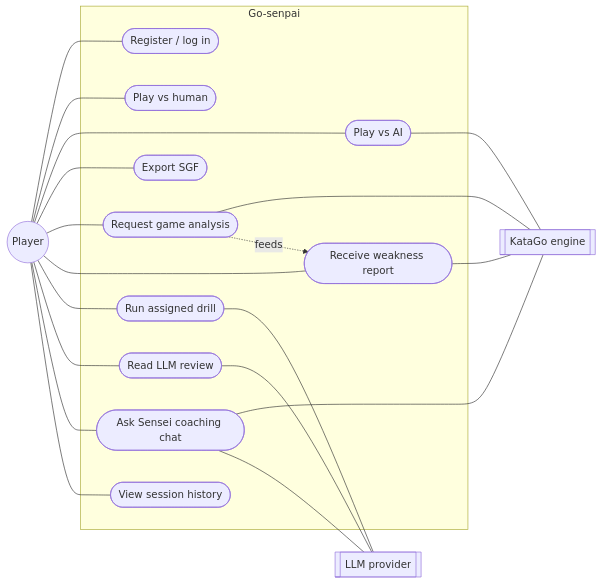
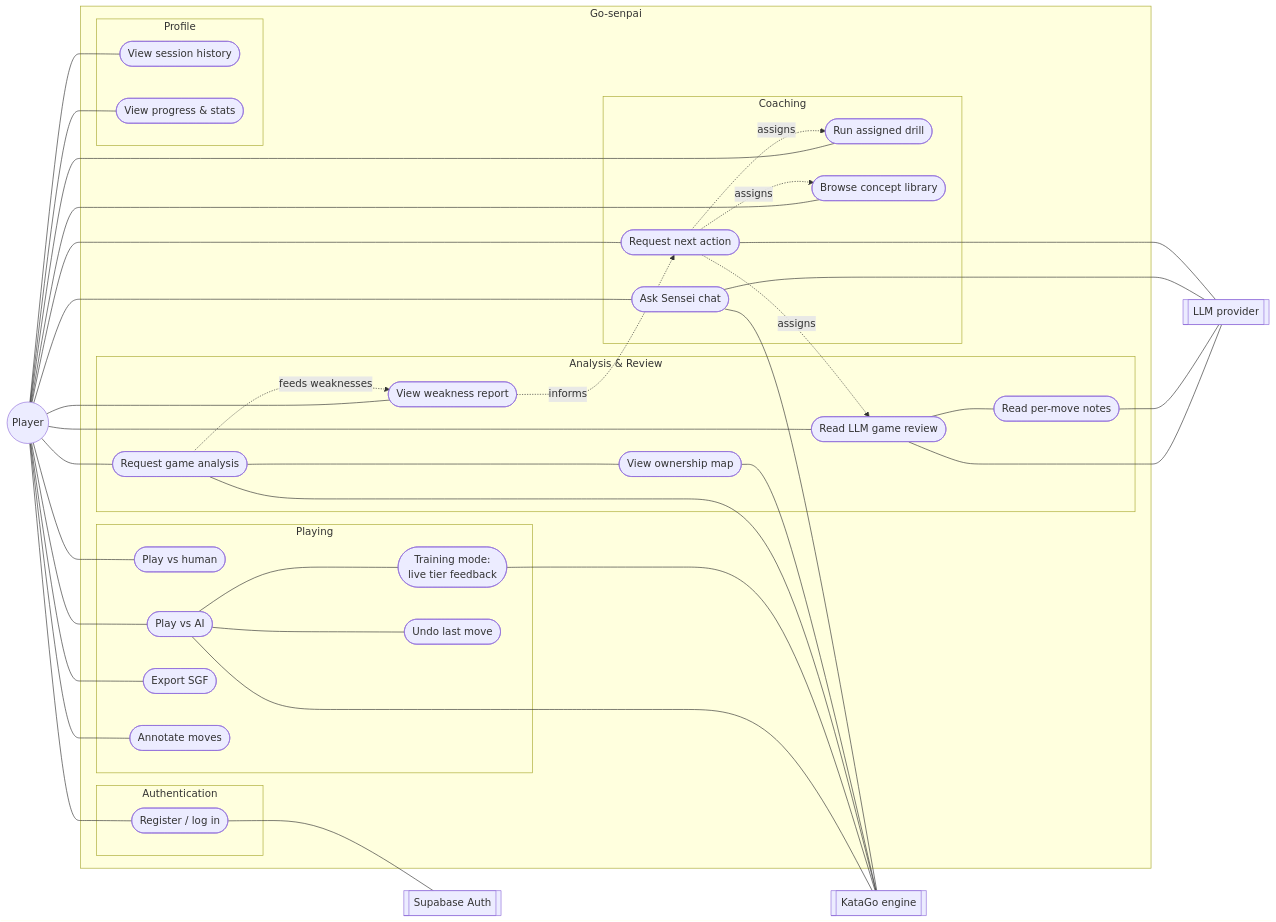
The first of 3 diagrams in README.md (MacchiatoCreamCheese/Go-senpai), drawn with Mermaid before and after one commit. The commit also changed other lines of this file and 1 other file, not shown here.

````diff
--- a/README.md
+++ b/README.md
@@ -41,39 +41,80 @@
 ```mermaid
 flowchart LR
     player(( Player ))
     katago[[ KataGo engine ]]
     llm[[ LLM provider ]]
+    supabase[[ Supabase Auth ]]
 
     subgraph Go-senpai
-        uc1([ Register / log in ])
-        uc2([ Play vs human ])
-        uc3([ Play vs AI ])
-        uc4([ Export SGF ])
-        uc5([ Request game analysis ])
-        uc6([ Receive weakness report ])
-        uc7([ Run assigned drill ])
-        uc8([ Read LLM review ])
-        uc9([ Ask Sensei coaching chat ])
-        uc10([ View session history ])
+
+        subgraph auth_group [Authentication]
+            uc1([ Register / log in ])
+        end
+
+        subgraph play_group [Playing]
+            uc2([ Play vs human ])
+            uc3([ Play vs AI ])
+            uc3t([ Training mode:\nlive tier feedback ])
+            uc3u([ Undo last move ])
+            uc4([ Export SGF ])
+            uc4n([ Annotate moves ])
+        end
+
+        subgraph analysis_group [Analysis & Review]
+            uc5([ Request game analysis ])
+            uc5o([ View ownership map ])
+            uc6([ View weakness report ])
+            uc8([ Read LLM game review ])
+            uc8m([ Read per-move notes ])
+        end
+
+        subgraph coaching_group [Coaching]
+            uc9([ Ask Sensei chat ])
+            uc10([ Request next action ])
+            uc7([ Run assigned drill ])
+            uc11([ Browse concept library ])
+        end
+
+        subgraph profile_group [Profile]
+            uc12([ View session history ])
+            uc13([ View progress & stats ])
+        end
+
     end
 
     player --- uc1
     player --- uc2
     player --- uc3
+    uc3 --- uc3t
+    uc3 --- uc3u
     player --- uc4
+    player --- uc4n
     player --- uc5
+    uc5 --- uc5o
     player --- uc6
-    player --- uc7
     player --- uc8
+    uc8 --- uc8m
     player --- uc9
     player --- uc10
+    player --- uc7
+    player --- uc11
+    player --- uc12
+    player --- uc13
 
+    uc1 --- supabase
     uc3 --- katago
+    uc3t --- katago
     uc5 --- katago
-    uc6 --- katago
+    uc5o --- katago
     uc9 --- katago
     uc8 --- llm
-    uc7 --- llm
+    uc8m --- llm
     uc9 --- llm
-    uc5 -.feeds.-> uc6
+    uc10 --- llm
+
+    uc5 -.feeds weaknesses.-> uc6
+    uc6 -.informs.-> uc10
+    uc10 -.assigns.-> uc7
+    uc10 -.assigns.-> uc8
+    uc10 -.assigns.-> uc11
 ```
````
